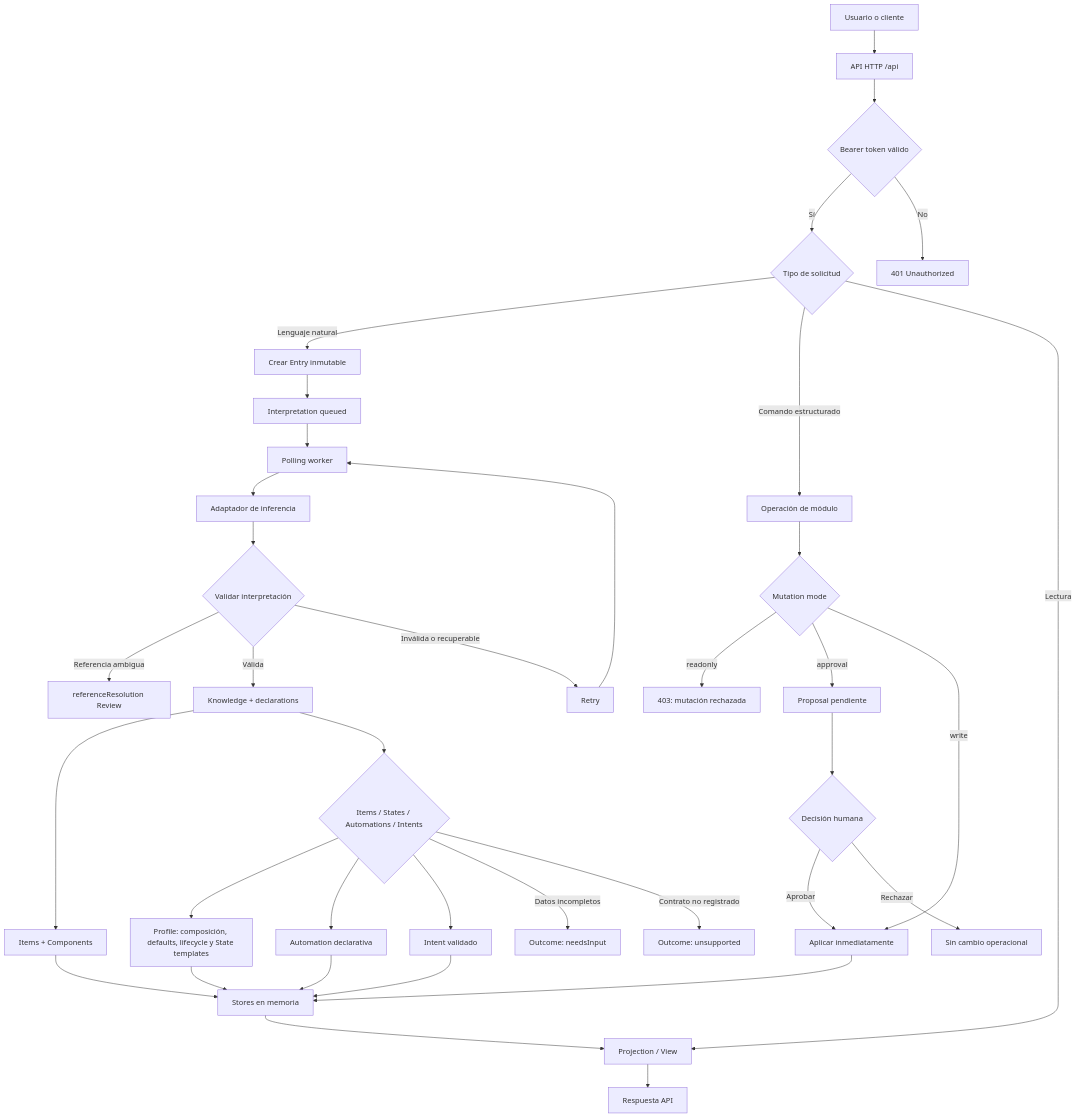
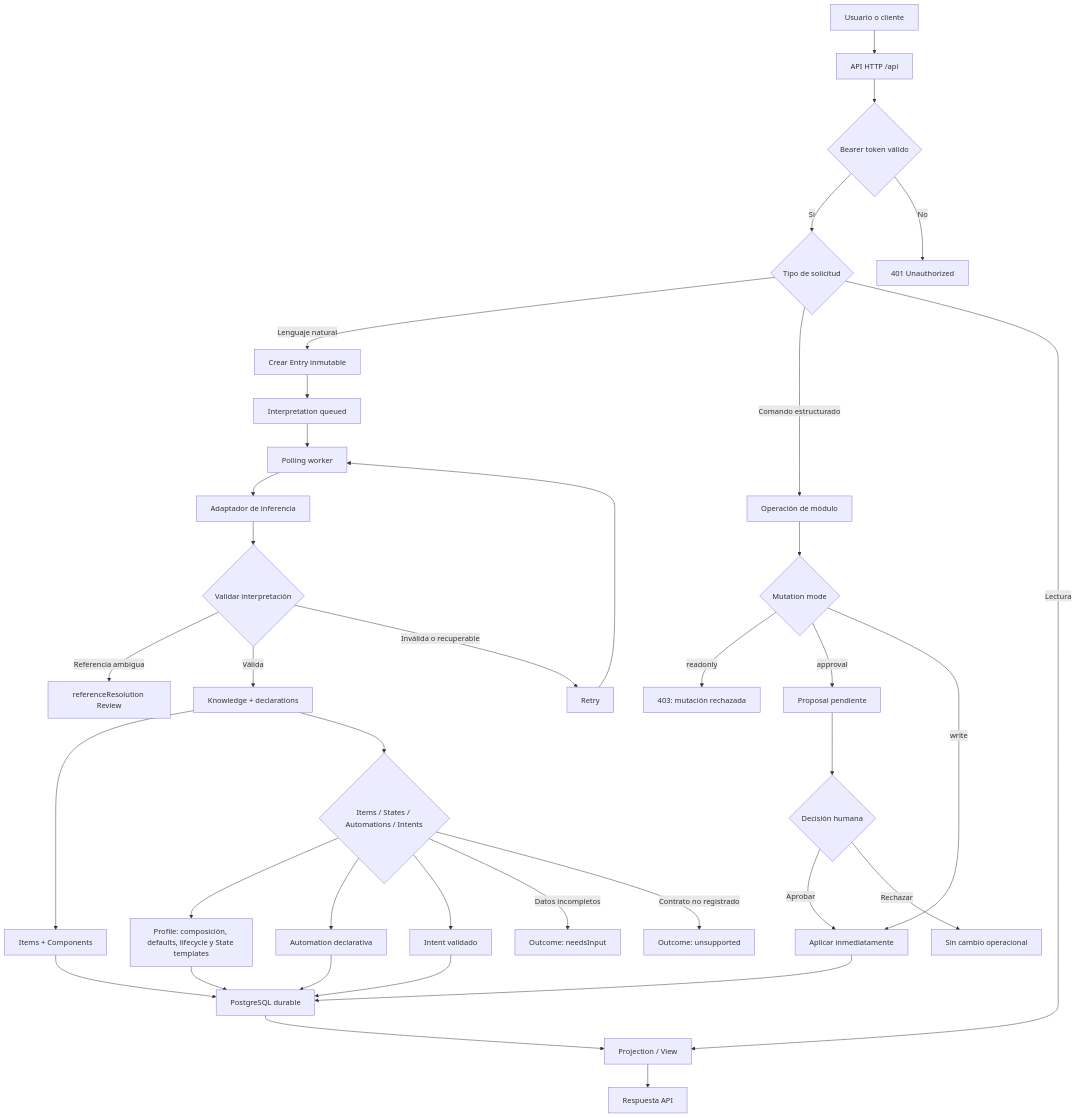
The diagram in docs/system.md (itmarck/wingman), drawn with Mermaid before and after one commit. The commit also changed 70 other files, not shown here.

````diff
--- a/docs/system.md
+++ b/docs/system.md
@@ -3,44 +3,44 @@
 ```mermaid
 flowchart TD
     U["Usuario o cliente"] --> API["API HTTP /api"]
     API --> AUTH{"Bearer token válido"}
     AUTH -- Sí --> ROUTE{"Tipo de solicitud"}
     AUTH -- No --> ERR401["401 Unauthorized"]
 
     ROUTE -->|Lenguaje natural| ENTRY["Crear Entry inmutable"]
     ROUTE -->|Comando estructurado| MUTATION["Operación de módulo"]
     ROUTE -->|Lectura| QUERY["Projection / View"]
 
     ENTRY --> QUEUE["Interpretation queued"]
     QUEUE --> WORKER["Polling worker"]
     WORKER --> MODEL["Adaptador de inferencia"]
     MODEL --> VALIDATE{"Validar interpretación"}
     VALIDATE -- Referencia ambigua --> REVIEW["referenceResolution Review"]
     VALIDATE -- Válida --> DRAFT["Knowledge + declarations"]
     VALIDATE -- Inválida o recuperable --> RETRY["Retry"]
     RETRY --> WORKER
 
     DRAFT --> KNOWLEDGE["Items + Components"]
     DRAFT --> DECLARATIONS{"Items / States / Automations / Intents"}
     DECLARATIONS --> PROFILE["Profile: composición, defaults, lifecycle y State templates"]
     DECLARATIONS --> AUTOMATION["Automation declarativa"]
     DECLARATIONS --> INTENT["Intent validado"]
     DECLARATIONS -->|Datos incompletos| NEEDSINPUT["Outcome: needsInput"]
     DECLARATIONS -->|Contrato no registrado| UNSUPPORTED["Outcome: unsupported"]
 
     MUTATION --> MODE{"Mutation mode"}
     MODE -- readonly --> DENIED["403: mutación rechazada"]
     MODE -- approval --> PROPOSAL["Proposal pendiente"]
     MODE -- write --> APPLY["Aplicar inmediatamente"]
     PROPOSAL --> DECISION{"Decisión humana"}
     DECISION -- Aprobar --> APPLY
     DECISION -- Rechazar --> REJECTED["Sin cambio operacional"]
 
-    KNOWLEDGE --> STORE["Stores en memoria"]
+    KNOWLEDGE --> STORE["PostgreSQL durable"]
     PROFILE --> STORE
     AUTOMATION --> STORE
     INTENT --> STORE
     APPLY --> STORE
     STORE --> QUERY
     QUERY --> RESPONSE["Respuesta API"]
 ```
````
